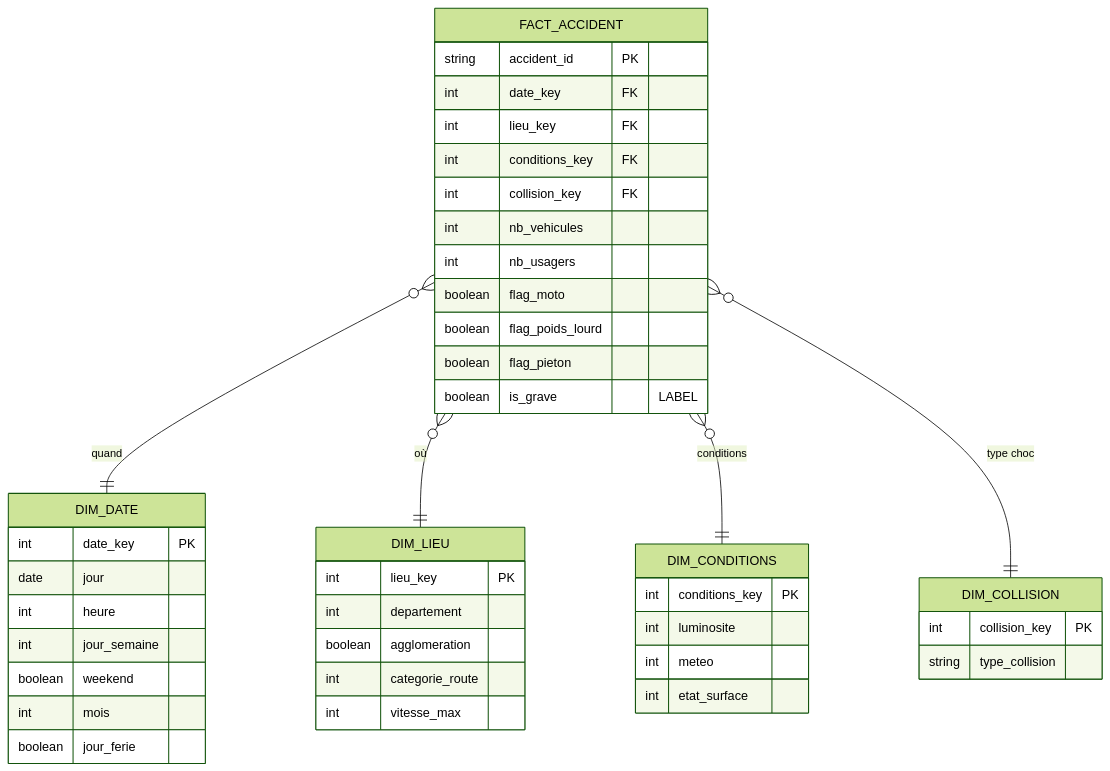
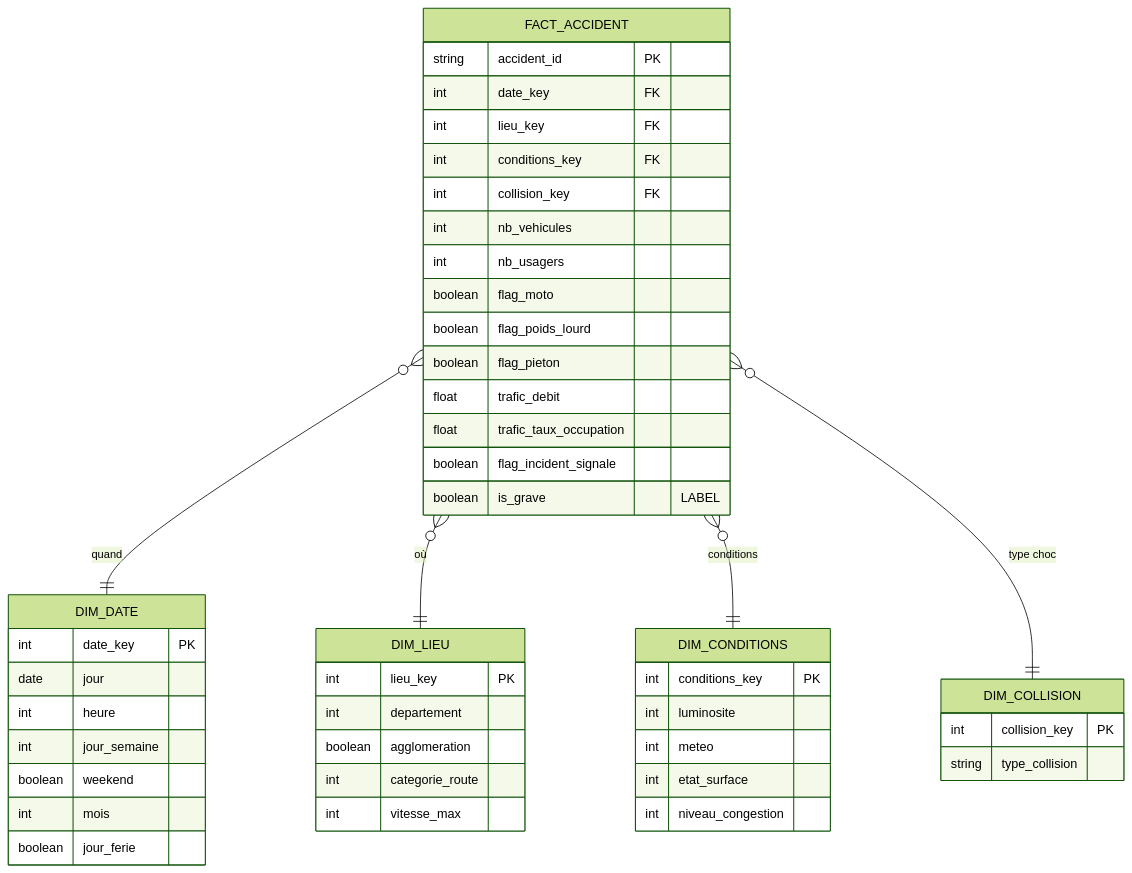
One commit to VigiRoute/gravia changed the third of 4 diagrams in docs/Architecture_GRAVIA.md. Above: the diagram before and after it, drawn with Mermaid (forest theme). The commit also changed other lines of this file, not shown here.

Commit message:
docs(archi): intégrer le trafic et les bulletins au schéma en étoile
- FACT_ACCIDENT : trafic_debit, trafic_taux_occupation, flag_incident_signale
- DIM_CONDITIONS : niveau_congestion
- Note anti-leakage : trafic et bulletins captés en temps réel = valides au signalement

````diff
--- a/docs/Architecture_GRAVIA.md
+++ b/docs/Architecture_GRAVIA.md
@@ -194,47 +194,51 @@
 ```mermaid
 erDiagram
     FACT_ACCIDENT }o--|| DIM_DATE : "quand"
     FACT_ACCIDENT }o--|| DIM_LIEU : "où"
     FACT_ACCIDENT }o--|| DIM_CONDITIONS : "conditions"
     FACT_ACCIDENT }o--|| DIM_COLLISION : "type choc"
 
     FACT_ACCIDENT {
         string accident_id PK
         int date_key FK
         int lieu_key FK
         int conditions_key FK
         int collision_key FK
         int nb_vehicules
         int nb_usagers
         boolean flag_moto
         boolean flag_poids_lourd
         boolean flag_pieton
+        float trafic_debit
+        float trafic_taux_occupation
+        boolean flag_incident_signale
         boolean is_grave "LABEL"
     }
     DIM_DATE {
         int date_key PK
         date jour
         int heure
         int jour_semaine
         boolean weekend
         int mois
         boolean jour_ferie
     }
     DIM_LIEU {
         int lieu_key PK
         int departement
         boolean agglomeration
         int categorie_route
         int vitesse_max
     }
     DIM_CONDITIONS {
         int conditions_key PK
         int luminosite
         int meteo
         int etat_surface
+        int niveau_congestion
     }
     DIM_COLLISION {
         int collision_key PK
         string type_collision
     }
 ```
````
